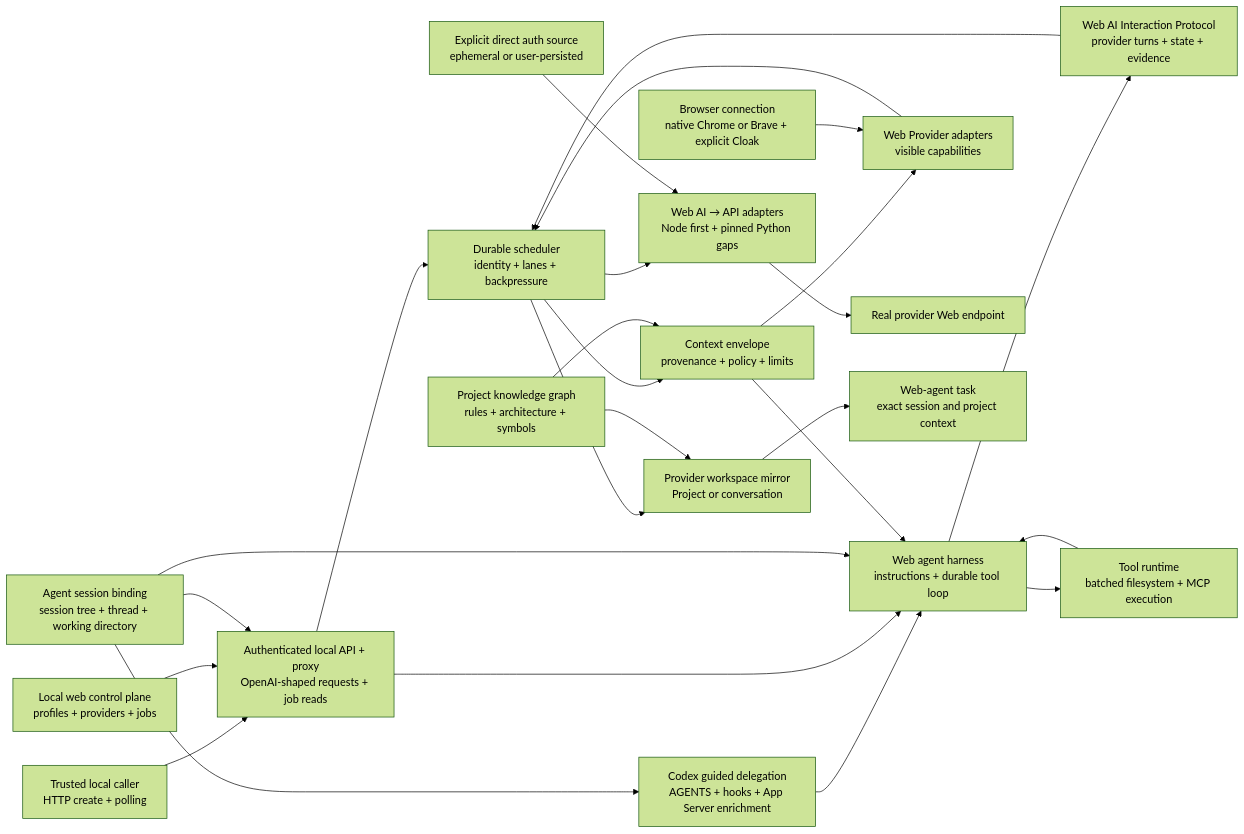
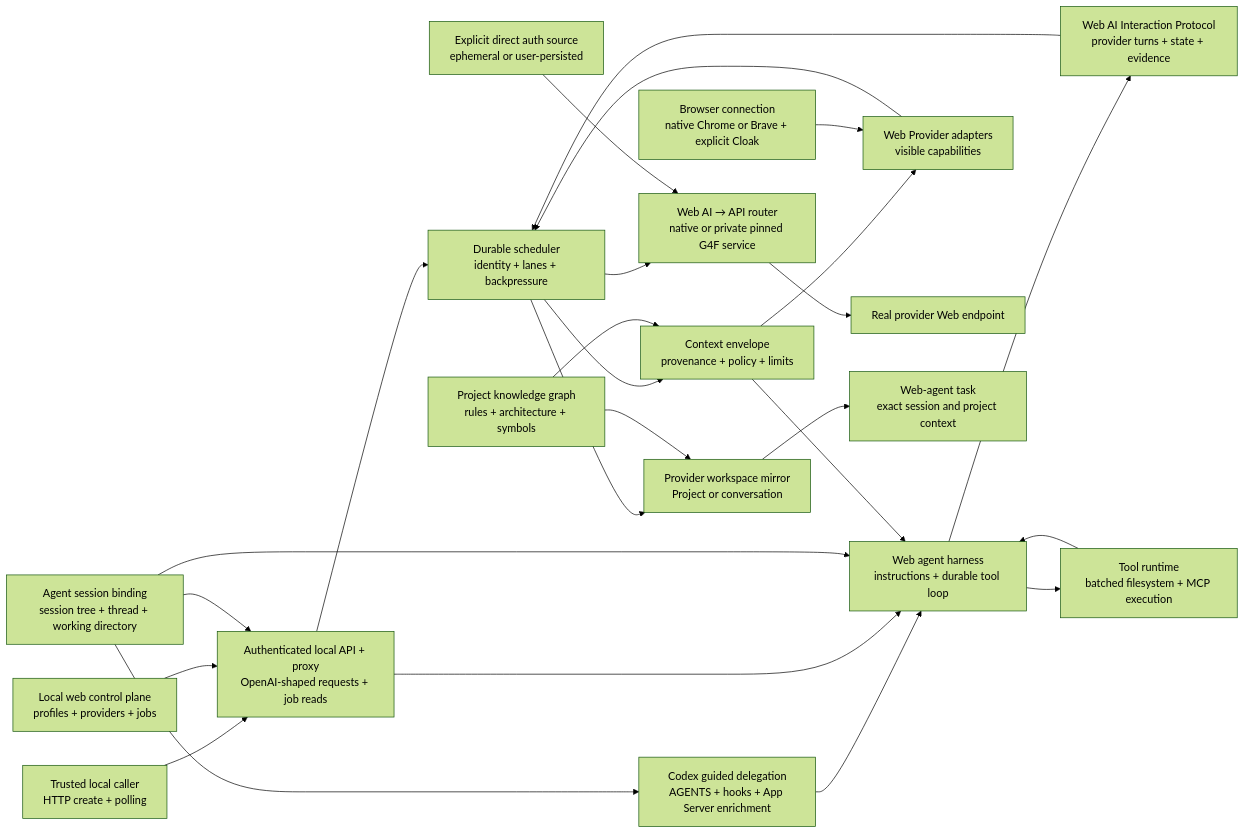
One commit to jazelly/tokenless changed the diagram in docs/roadmaps/README.md. Above: the diagram before and after it, drawn with Mermaid (forest theme). The commit also changed other lines of this file and 42 other files, not shown here.

Commit message:
feat(g4f): add managed private provider service integration

````diff
--- a/docs/roadmaps/README.md
+++ b/docs/roadmaps/README.md
@@ -72,46 +72,46 @@
 ```mermaid
 flowchart LR
   Caller["Trusted local caller<br/>HTTP create + polling"]
   UI["Local web control plane<br/>profiles + providers + jobs"]
   API["Authenticated local API + proxy<br/>OpenAI-shaped requests + job reads"]
   Session["Agent session binding<br/>session tree + thread + working directory"]
   Codex["Codex guided delegation<br/>AGENTS + hooks + App Server enrichment"]
   Scheduler["Durable scheduler<br/>identity + lanes + backpressure"]
   Context["Context envelope<br/>provenance + policy + limits"]
   Harness["Web agent harness<br/>instructions + durable tool loop"]
   Protocol["Web AI Interaction Protocol<br/>provider turns + state + evidence"]
   Tools["Tool runtime<br/>batched filesystem + MCP execution"]
   Graph["Project knowledge graph<br/>rules + architecture + symbols"]
   Browser["Browser connection<br/>native Chrome or Brave + explicit Cloak"]
   Provider["Web Provider adapters<br/>visible capabilities"]
   Auth["Explicit direct auth source<br/>ephemeral or user-persisted"]
-  Direct["Web AI → API adapters<br/>Node first + pinned Python gaps"]
+  Direct["Web AI → API router<br/>native or private pinned G4F service"]
   Endpoint["Real provider Web endpoint"]
   Workspace["Provider workspace mirror<br/>Project or conversation"]
   Task["Web-agent task<br/>exact session and project context"]
 
   Caller --> API
   UI --> API
   Session --> API
   Session --> Codex
   Codex --> Harness
   API --> Scheduler
   Scheduler --> Context
   Graph --> Context
   API --> Harness
   Session --> Harness
   Context --> Harness
   Harness --> Protocol
   Protocol --> Scheduler
   Harness --> Tools
   Tools --> Harness
   Context --> Provider
   Browser --> Provider
   Provider --> Scheduler
   Scheduler --> Direct
   Auth --> Direct
   Direct --> Endpoint
   Scheduler --> Workspace
   Graph --> Workspace
   Workspace --> Task
 ```
````
